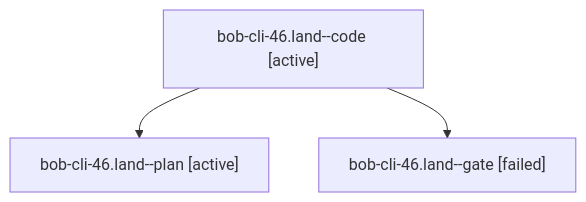
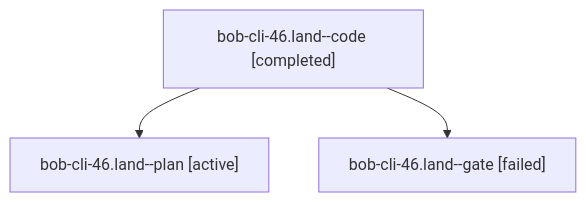
One commit to bobs-org/bob-cli--agents changed the diagram in sessions/bbugyi200.apollo.bob-cli-46.land.md. Above: the diagram before and after it, drawn with Mermaid. The commit also changed other lines of this file and 34 other files, not shown here.

````diff
--- a/sessions/bbugyi200.apollo.bob-cli-46.land.md
+++ b/sessions/bbugyi200.apollo.bob-cli-46.land.md
@@ -9,8 +9,8 @@
 ```mermaid
 flowchart TD
-  n0["bob-cli-46.land--code [active]"]
+  n0["bob-cli-46.land--code [completed]"]
   n1["bob-cli-46.land--plan [active]"]
   n0 --> n1
   n2["bob-cli-46.land--gate [failed]"]
   n0 --> n2
 ```
````
